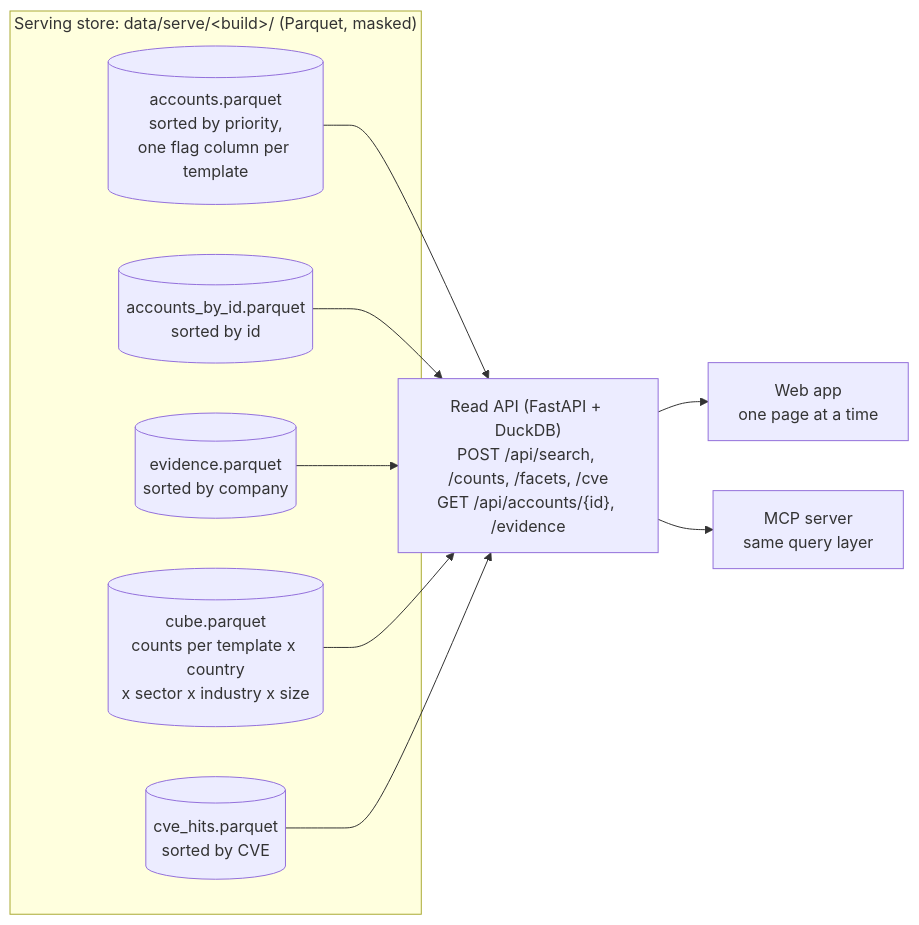
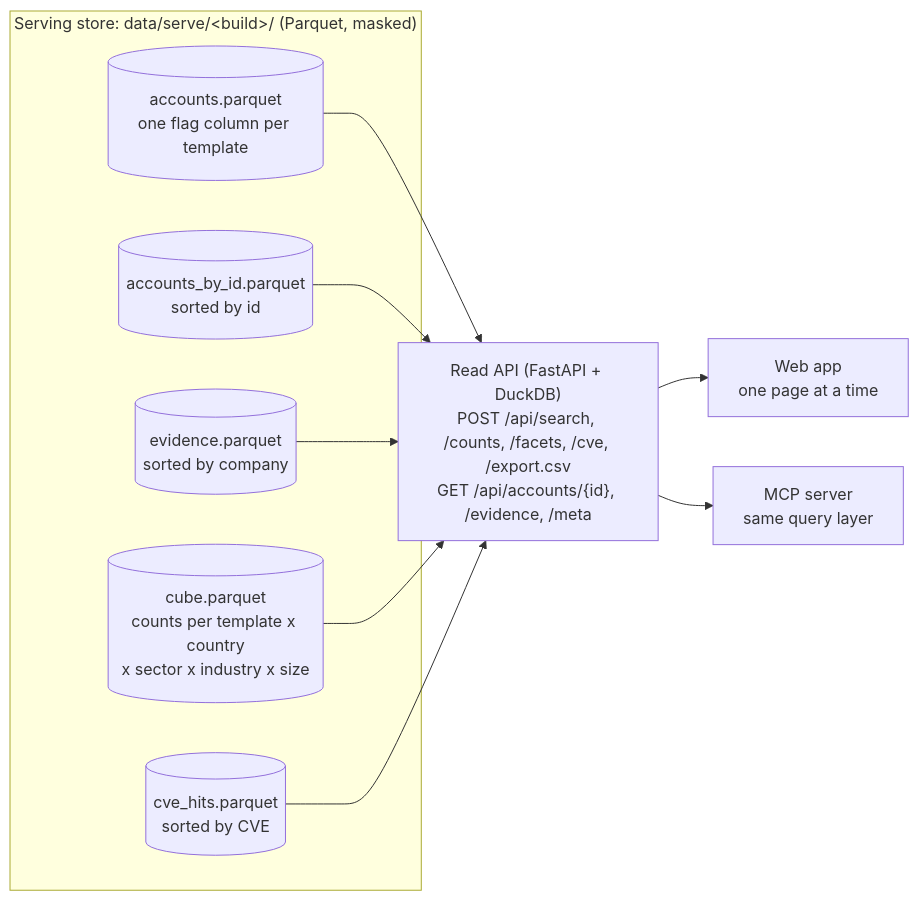
One commit to SahilChoudhary22/recon-sales-intelligence changed the sixth of 6 diagrams in docs/architecture.md. Above: the diagram before and after it, drawn with Mermaid. The commit also changed other lines of this file and 14 other files, not shown here.

````diff
--- a/docs/architecture.md
+++ b/docs/architecture.md
@@ -135,18 +150,18 @@
 ```mermaid
 flowchart LR
   subgraph store["Serving store: data/serve/&lt;build&gt;/ (Parquet, masked)"]
-    acc[("accounts.parquet<br/>sorted by priority,<br/>one flag column per template")]
+    acc[("accounts.parquet<br/>one flag column per template")]
     byid[("accounts_by_id.parquet<br/>sorted by id")]
     ev[("evidence.parquet<br/>sorted by company")]
     cube[("cube.parquet<br/>counts per template x country<br/>x sector x industry x size")]
     hits[("cve_hits.parquet<br/>sorted by CVE")]
   end
-  api["Read API (FastAPI + DuckDB)<br/>POST /api/search, /counts, /facets, /cve<br/>GET /api/accounts/{id}, /evidence"]
+  api["Read API (FastAPI + DuckDB)<br/>POST /api/search, /counts, /facets, /cve, /export.csv<br/>GET /api/accounts/{id}, /evidence, /meta"]
   acc --> api
   byid --> api
   ev --> api
   cube --> api
   hits --> api
   api --> app["Web app<br/>one page at a time"]
   api --> mcp["MCP server<br/>same query layer"]
 ```
````
